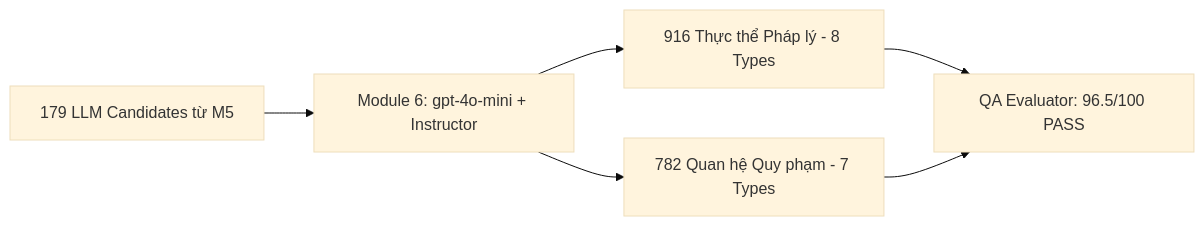
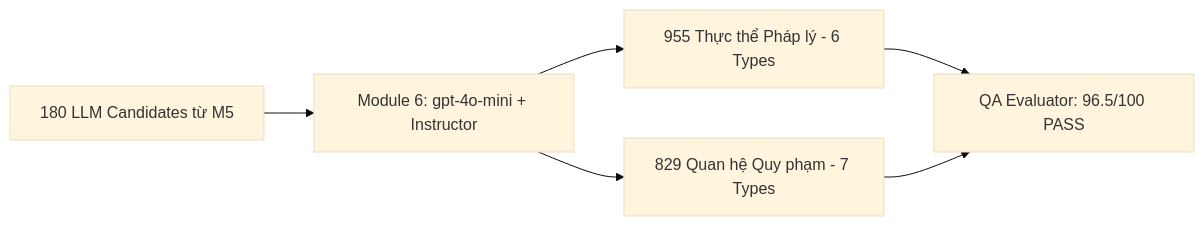
One commit to luuthanhlam04-cloud/hybrid-parser-nckh changed the second of 2 diagrams in docs/tom_tat_module_6.md. Above: the diagram before and after it, drawn with Mermaid (base theme). The commit also changed other lines of this file and 34 other files, not shown here.

````diff
--- a/docs/tom_tat_module_6.md
+++ b/docs/tom_tat_module_6.md
@@ -68,8 +68,8 @@
 ```mermaid
 graph LR
-    A[179 LLM Candidates từ M5] --> B[Module 6: gpt-4o-mini + Instructor]
-    B --> C[916 Thực thể Pháp lý - 8 Types]
-    B --> D[782 Quan hệ Quy phạm - 7 Types]
+    A[180 LLM Candidates từ M5] --> B[Module 6: gpt-4o-mini + Instructor]
+    B --> C[955 Thực thể Pháp lý - 6 Types]
+    B --> D[829 Quan hệ Quy phạm - 7 Types]
     C --> E[QA Evaluator: 96.5/100 PASS]
     D --> E
 ```
````
